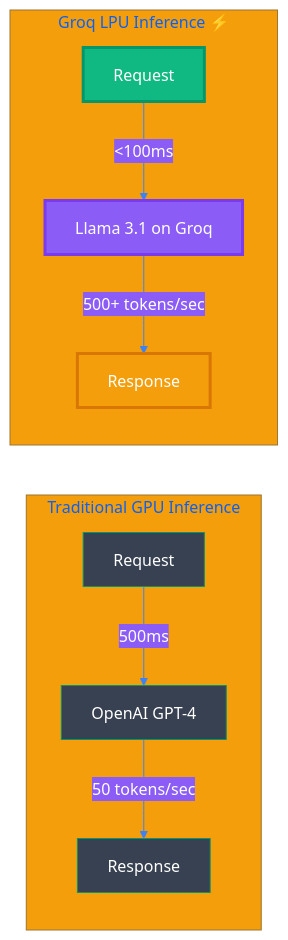
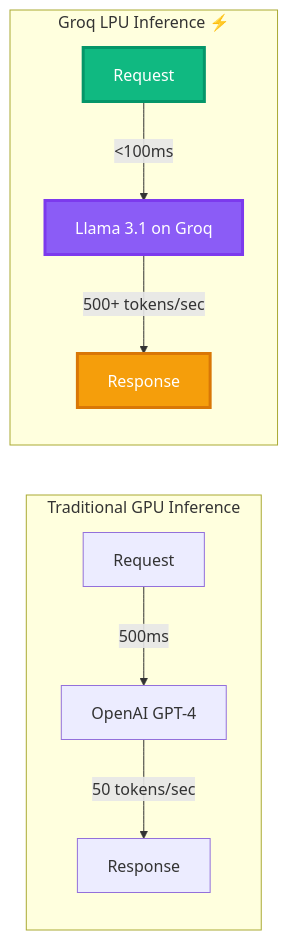
Before and after one commit to yousef-elgarch1/NL2SQL-Designer-: the first of 10 diagrams in README.md, drawn with Mermaid. The commit also changed other lines of this file, not shown here.

First line of the commit message:
Replace images and update performance graph

````diff
--- a/README.md
+++ b/README.md
@@ -216,17 +216,17 @@
 ```mermaid
-%%{init: {'theme':'base', 'themeVariables': { 'primaryColor':'#10b981','primaryTextColor':'#fff','primaryBorderColor':'#059669','lineColor':'#3b82f6','secondaryColor':'#8b5cf6','tertiaryColor':'#f59e0b','background':'#1f2937','mainBkg':'#374151','secondBkg':'#4b5563','textColor':'#f3f4f6','fontSize':'16px'}}}%%
+
 graph LR
     subgraph "Traditional GPU Inference"
         A1[Request] -->|500ms| B1[OpenAI GPT-4]
         B1 -->|50 tokens/sec| C1[Response]
     end
 
     subgraph "Groq LPU Inference ⚡"
         A2[Request] -->|<100ms| B2[Llama 3.1 on Groq]
         B2 -->|500+ tokens/sec| C2[Response]
     end
 
     style A2 fill:#10b981,stroke:#059669,stroke-width:3px,color:#fff
     style B2 fill:#8b5cf6,stroke:#7c3aed,stroke-width:3px,color:#fff
     style C2 fill:#f59e0b,stroke:#d97706,stroke-width:3px,color:#fff
 ```
````
